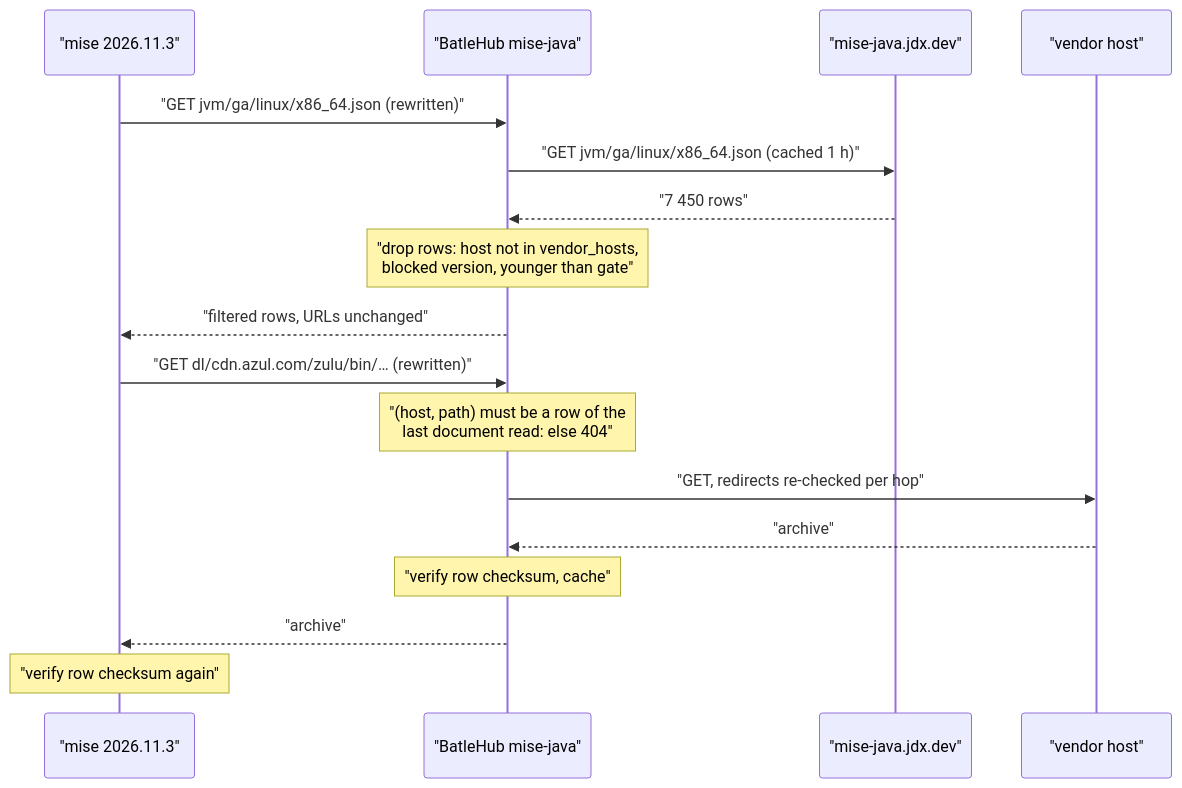
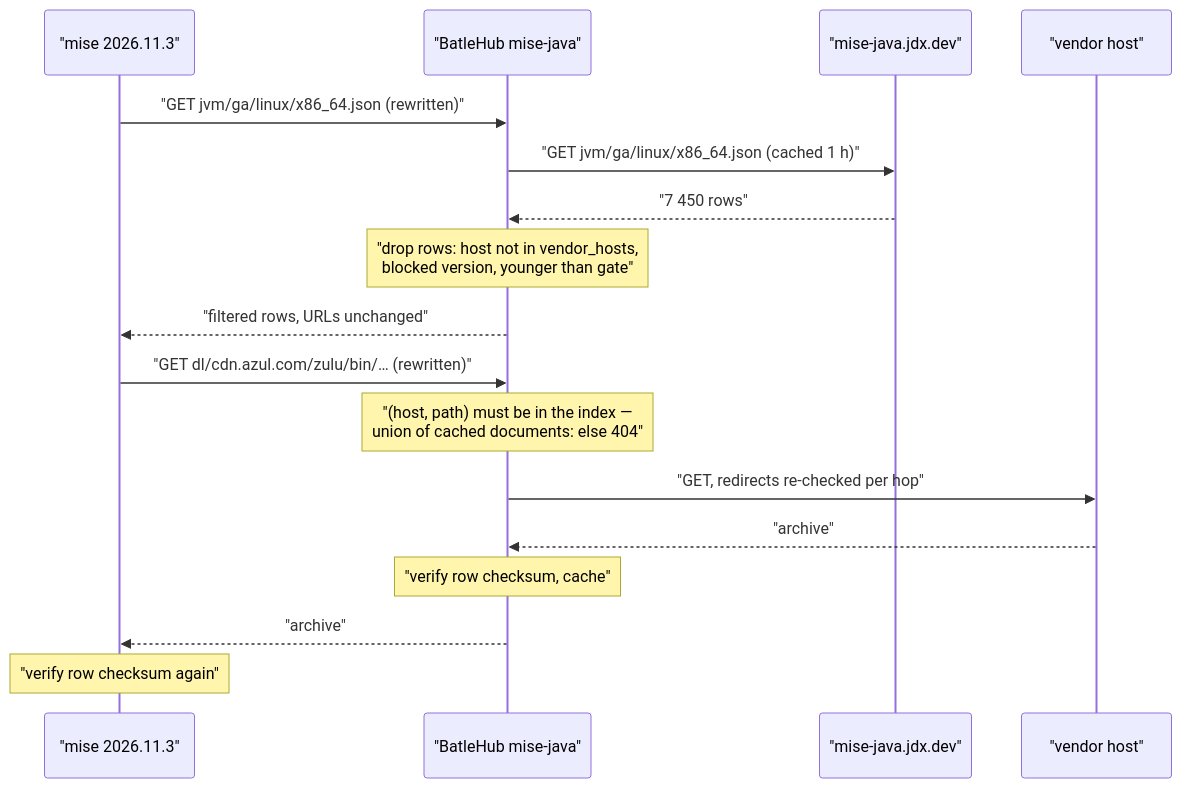
The second of 4 diagrams in docs/rfc/0048-mise-core-toolchains.md (batlehub/batlehub), drawn with Mermaid before and after one commit. The commit also changed other lines of this file and 6 other files, not shown here.

````diff
--- a/docs/rfc/0048-mise-core-toolchains.md
+++ b/docs/rfc/0048-mise-core-toolchains.md
@@ -388,19 +436,19 @@
 ```mermaid
 sequenceDiagram
     participant M as "mise 2026.11.3"
     participant B as "BatleHub mise-java"
     participant J as "mise-java.jdx.dev"
     participant V as "vendor host"
     M->>B: "GET jvm/ga/linux/x86_64.json (rewritten)"
     B->>J: "GET jvm/ga/linux/x86_64.json (cached 1 h)"
     J-->>B: "7 450 rows"
     Note over B: "drop rows: host not in vendor_hosts,<br/>blocked version, younger than gate"
     B-->>M: "filtered rows, URLs unchanged"
     M->>B: "GET dl/cdn.azul.com/zulu/bin/… (rewritten)"
-    Note over B: "(host, path) must be a row of the<br/>last document read: else 404"
+    Note over B: "(host, path) must be in the index —<br/>union of cached documents: else 404"
     B->>V: "GET, redirects re-checked per hop"
     V-->>B: "archive"
     Note over B: "verify row checksum, cache"
     B-->>M: "archive"
     Note over M: "verify row checksum again"
 ```
````
